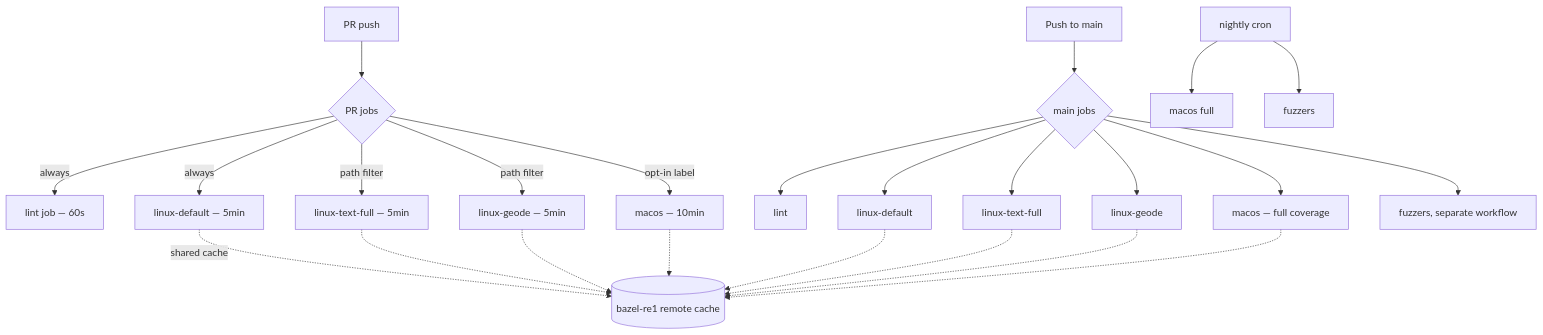
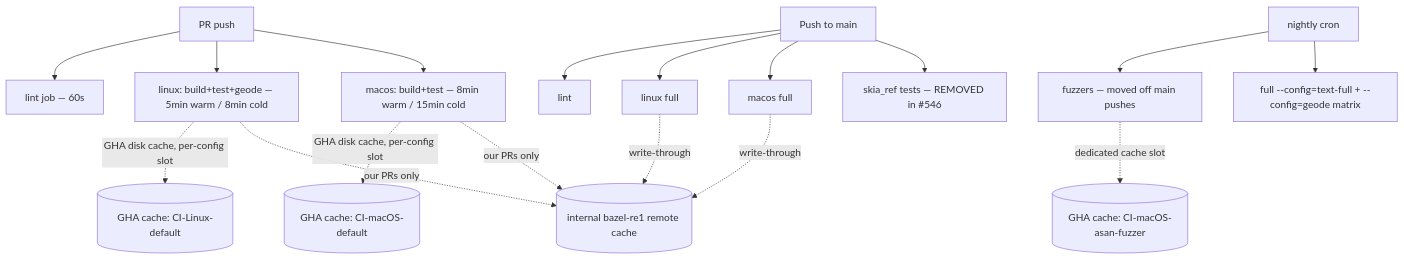
One commit to jwmcglynn/donner changed the diagram in docs/design_docs/0029-ci_runtime.md. Above: the diagram before and after it, drawn with Mermaid. The commit also changed other lines of this file, not shown here.

````diff
--- a/docs/design_docs/0029-ci_runtime.md
+++ b/docs/design_docs/0029-ci_runtime.md
@@ -160,30 +185,23 @@
 ```mermaid
 flowchart TD
-    PR[PR push] --> PRJobs{PR jobs}
-    Push[Push to main] --> MainJobs{main jobs}
+    PR[PR push] --> Lint[lint job — 60s]
+    PR --> LinuxFull[linux: build+test+geode — 5min warm / 8min cold]
+    PR --> MacOS[macos: build+test — 8min warm / 15min cold]
 
-    PRJobs -->|always| Lint[lint job — 60s]
-    PRJobs -->|always| LinuxFast[linux-default — 5min]
-    PRJobs -->|path filter| LinuxTextFull[linux-text-full — 5min]
-    PRJobs -->|path filter| LinuxGeode[linux-geode — 5min]
-    PRJobs -->|opt-in label| MacosCheck[macos — 10min]
+    MainPush[Push to main] --> Lint2[lint]
+    MainPush --> LinuxFull2[linux full]
+    MainPush --> MacOS2[macos full]
+    MainPush --> SkiaRef[skia_ref tests — REMOVED in #546]
 
-    MainJobs --> Lint2[lint]
-    MainJobs --> LinuxFast2[linux-default]
-    MainJobs --> LinuxTextFull2[linux-text-full]
-    MainJobs --> LinuxGeode2[linux-geode]
-    MainJobs --> MacosFull[macos — full coverage]
-    MainJobs --> Fuzz[fuzzers, separate workflow]
+    Nightly[nightly cron] --> Fuzz[fuzzers — moved off main pushes]
+    Nightly --> ExtraSanity[full --config=text-full + --config=geode matrix]
 
-    LinuxFast -.shared cache.-> RemoteCache[(bazel-re1 remote cache)]
-    LinuxTextFull -.-> RemoteCache
-    LinuxGeode -.-> RemoteCache
-    MacosCheck -.-> RemoteCache
-    LinuxFast2 -.-> RemoteCache
-    LinuxTextFull2 -.-> RemoteCache
-    LinuxGeode2 -.-> RemoteCache
-    MacosFull -.-> RemoteCache
+    LinuxFull -.GHA disk cache, per-config slot.-> CacheLinux[(GHA cache: CI-Linux-default)]
+    MacOS -.GHA disk cache, per-config slot.-> CacheMacos[(GHA cache: CI-macOS-default)]
+    Fuzz -.dedicated cache slot.-> FuzzCache[(GHA cache: CI-macOS-asan-fuzzer)]
 
-    Nightly[nightly cron] --> MacosFull2[macos full]
-    Nightly --> Fuzz2[fuzzers]
+    LinuxFull -.our PRs only.-> RemoteCache[(internal bazel-re1 remote cache)]
+    MacOS -.our PRs only.-> RemoteCache
+    LinuxFull2 -.write-through.-> RemoteCache
+    MacOS2 -.write-through.-> RemoteCache
 ```
````
